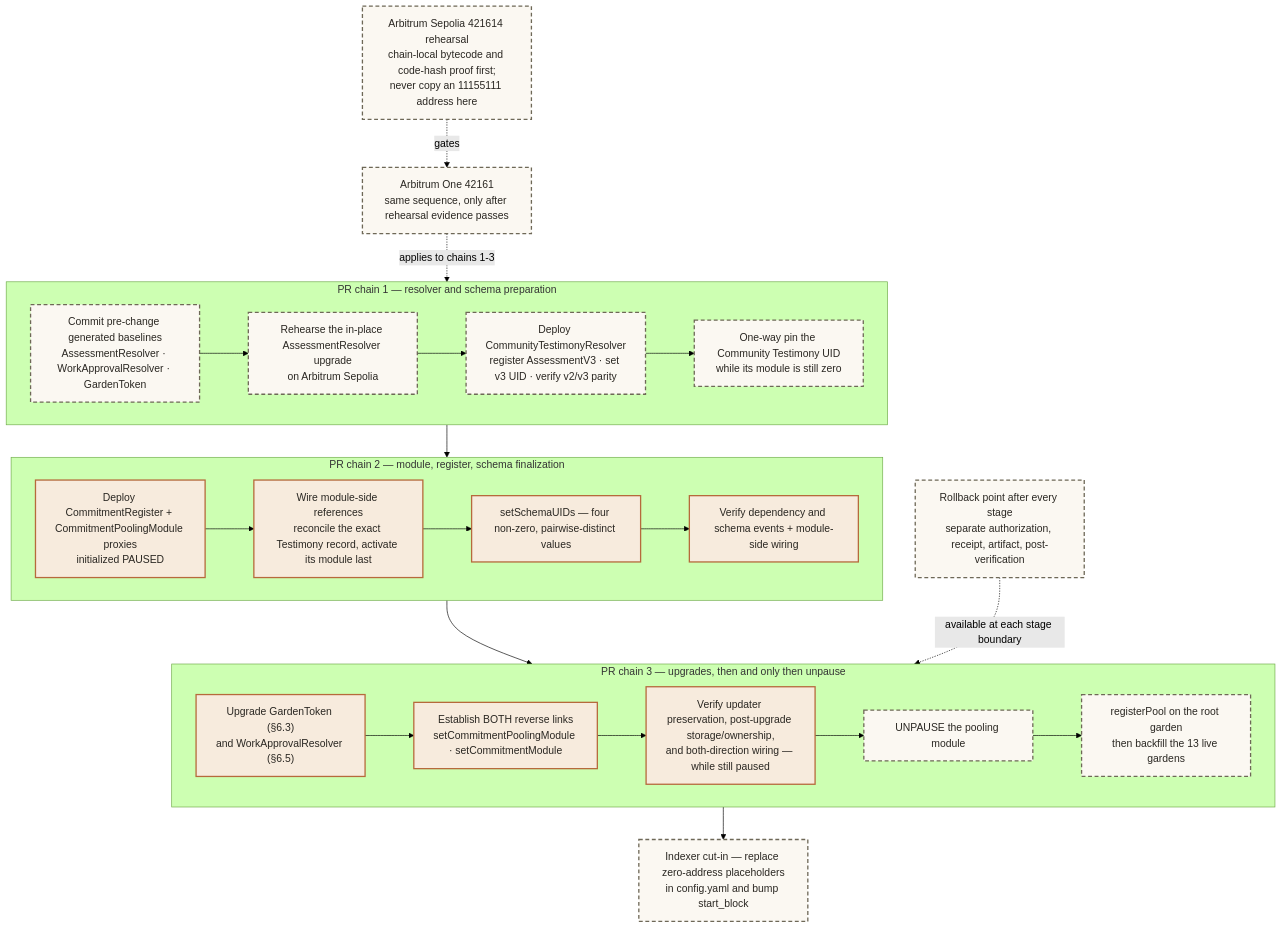
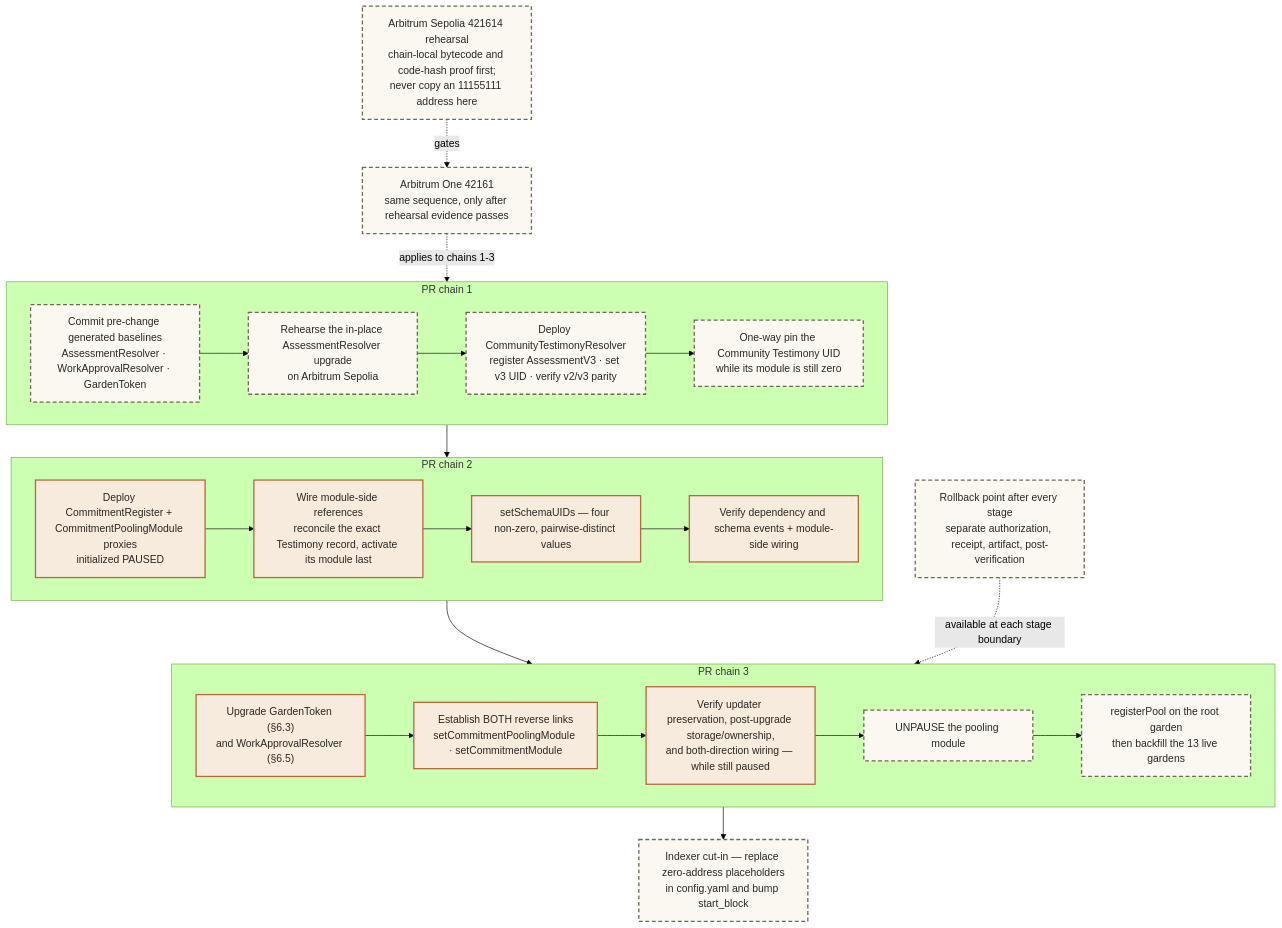
One commit to greenpill-dev-guild/green-goods changed diagram 31 of 32 in .plans/active/commitment-pooling/diagrams.md. Above: the diagram before and after it, drawn with Mermaid (forest theme). The commit also changed other lines of this file and 1 other file, not shown here.

First line of the commit message:
docs(plans): fix diagram legibility found by the rendered visual pass

````diff
--- a/.plans/active/commitment-pooling/diagrams.md
+++ b/.plans/active/commitment-pooling/diagrams.md
@@ -1509,44 +1498,44 @@
 ```mermaid
 flowchart TB
-  subgraph C1["PR chain 1 — resolver and schema preparation"]
+  subgraph C1["PR chain 1"]
     A1["Commit pre-change generated baselines<br/>AssessmentResolver · WorkApprovalResolver · GardenToken"]
     A2["Rehearse the in-place AssessmentResolver upgrade<br/>on Arbitrum Sepolia"]
     A3["Deploy CommunityTestimonyResolver<br/>register AssessmentV3 · set v3 UID · verify v2/v3 parity"]
     A4["One-way pin the Community Testimony UID<br/>while its module is still zero"]
     A1 --> A2 --> A3 --> A4
   end
 
-  subgraph C2["PR chain 2 — module, register, schema finalization"]
+  subgraph C2["PR chain 2"]
     B1["Deploy CommitmentRegister + CommitmentPoolingModule proxies<br/>initialized PAUSED"]
     B2["Wire module-side references<br/>reconcile the exact Testimony record, activate its module last"]
     B3["setSchemaUIDs — four non-zero, pairwise-distinct values"]
     B4["Verify dependency and schema events + module-side wiring"]
     B1 --> B2 --> B3 --> B4
   end
 
-  subgraph C3["PR chain 3 — upgrades, then and only then unpause"]
+  subgraph C3["PR chain 3"]
     D1["Upgrade GardenToken (§6.3)<br/>and WorkApprovalResolver (§6.5)"]
     D2["Establish BOTH reverse links<br/>setCommitmentPoolingModule · setCommitmentModule"]
     D3["Verify updater preservation, post-upgrade storage/ownership,<br/>and both-direction wiring — while still paused"]
     D4["UNPAUSE the pooling module"]
     D5["registerPool on the root garden<br/>then backfill the 13 live gardens"]
     D1 --> D2 --> D3 --> D4 --> D5
   end
 
   C4["Indexer cut-in — replace zero-address placeholders<br/>in config.yaml and bump start_block"]
 
   REHEARSE["Arbitrum Sepolia 421614 rehearsal<br/>chain-local bytecode and code-hash proof first;<br/>never copy an 11155111 address here"]
   MAINNET["Arbitrum One 42161<br/>same sequence, only after rehearsal evidence passes"]
   ROLLBACK["Rollback point after every stage<br/>separate authorization, receipt, artifact, post-verification"]
 
   C1 --> C2 --> C3 --> C4
   REHEARSE -.->|"gates"| MAINNET
   MAINNET -.->|"applies to chains 1-3"| C1
   ROLLBACK -.->|"available at each stage boundary"| C3
 
   classDef planned fill:#fbf8f2,stroke:#6e6857,stroke-width:2px,stroke-dasharray:6 4,color:#2a2722
   classDef paused fill:#f7ebdd,stroke:#b66a3c,stroke-width:2px,color:#2a2722
   class A1,A2,A3,A4,C4,REHEARSE,MAINNET,ROLLBACK planned
   class B1,B2,B3,B4,D1,D2,D3 paused
   class D4,D5 planned
 ```
````
